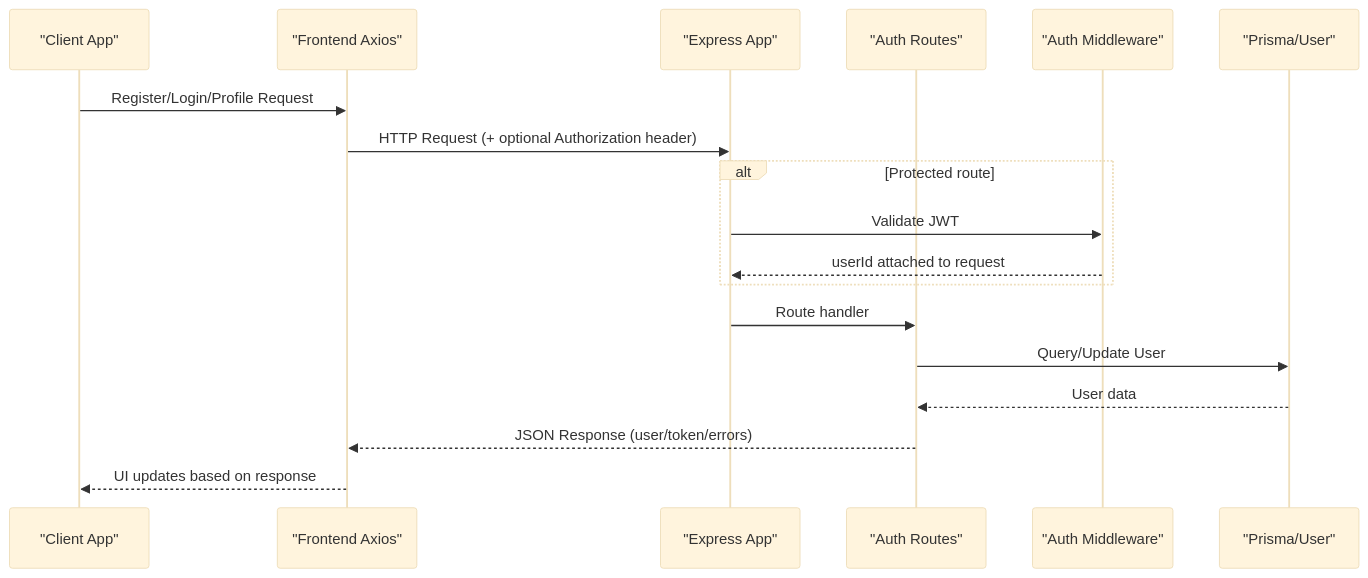
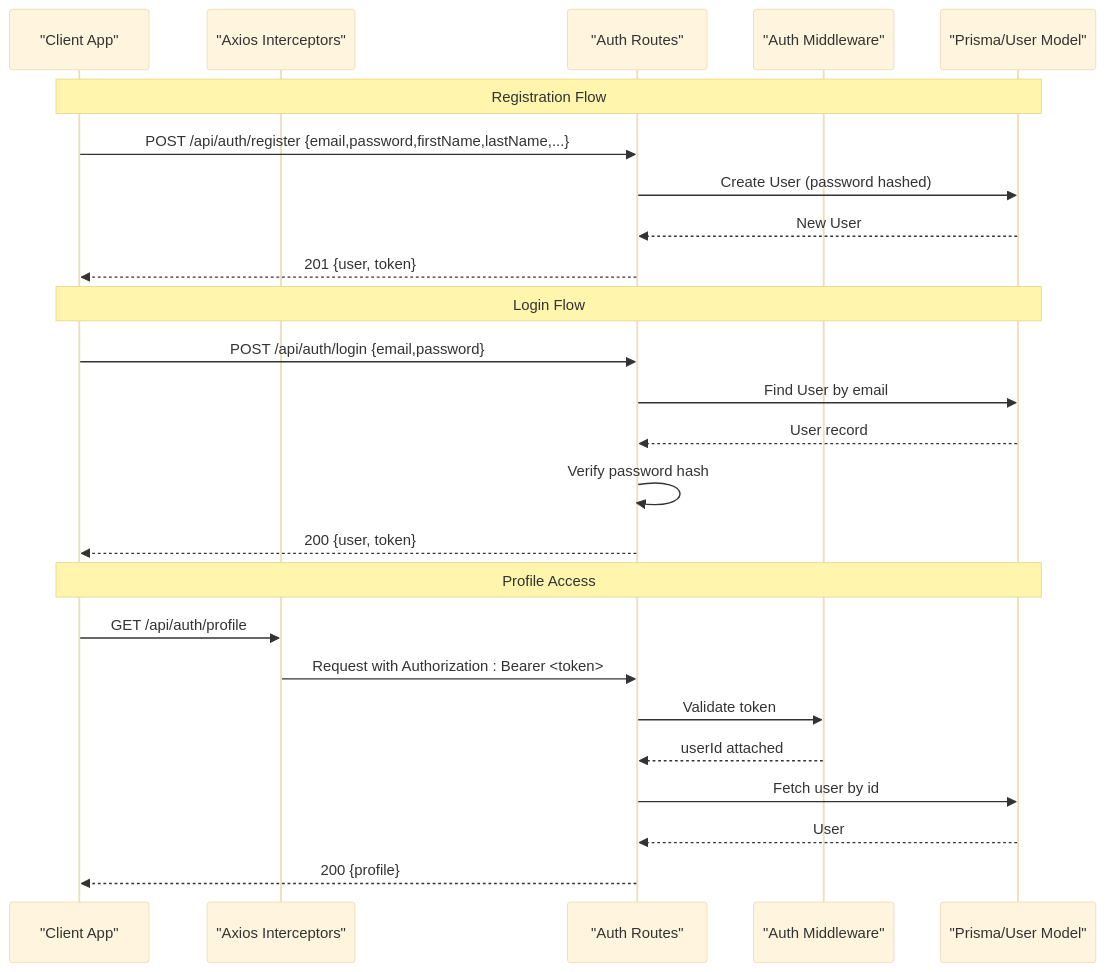
One commit to NaveenHiranya/Smart-Vehicle-Insurance-Claim-System changed the second of 4 diagrams in .qoder/repowiki/en/content/API Reference/Authentication API.md. Above: the diagram before and after it, drawn with Mermaid (base theme). The commit also changed other lines of this file and 183 other files, not shown here.

````diff
--- a/.qoder/repowiki/en/content/API Reference/Authentication API.md
+++ b/.qoder/repowiki/en/content/API Reference/Authentication API.md
@@ -102,20 +107,27 @@
 ```mermaid
 sequenceDiagram
 participant Client as "Client App"
-participant FE as "Frontend Axios"
-participant BE as "Express App"
-participant AR as "Auth Routes"
+participant FE_API as "Axios Interceptors"
+participant Routes as "Auth Routes"
 participant MW as "Auth Middleware"
-participant DB as "Prisma/User"
-Client->>FE : Register/Login/Profile Request
-FE->>BE : HTTP Request (+ optional Authorization header)
-alt Protected route
-BE->>MW : Validate JWT
-MW-->>BE : userId attached to request
-end
-BE->>AR : Route handler
-AR->>DB : Query/Update User
-DB-->>AR : User data
-AR-->>FE : JSON Response (user/token/errors)
-FE-->>Client : UI updates based on response
+participant DB as "Prisma/User Model"
+Note over Client,DB : Registration Flow
+Client->>Routes : POST /api/auth/register {email,password,firstName,lastName,...}
+Routes->>DB : Create User (password hashed)
+DB-->>Routes : New User
+Routes-->>Client : 201 {user, token}
+Note over Client,DB : Login Flow
+Client->>Routes : POST /api/auth/login {email,password}
+Routes->>DB : Find User by email
+DB-->>Routes : User record
+Routes->>Routes : Verify password hash
+Routes-->>Client : 200 {user, token}
+Note over Client,DB : Profile Access
+Client->>FE_API : GET /api/auth/profile
+FE_API->>Routes : Request with Authorization : Bearer <token>
+Routes->>MW : Validate token
+MW-->>Routes : userId attached
+Routes->>DB : Fetch user by id
+DB-->>Routes : User
+Routes-->>Client : 200 {profile}
 ```
````
